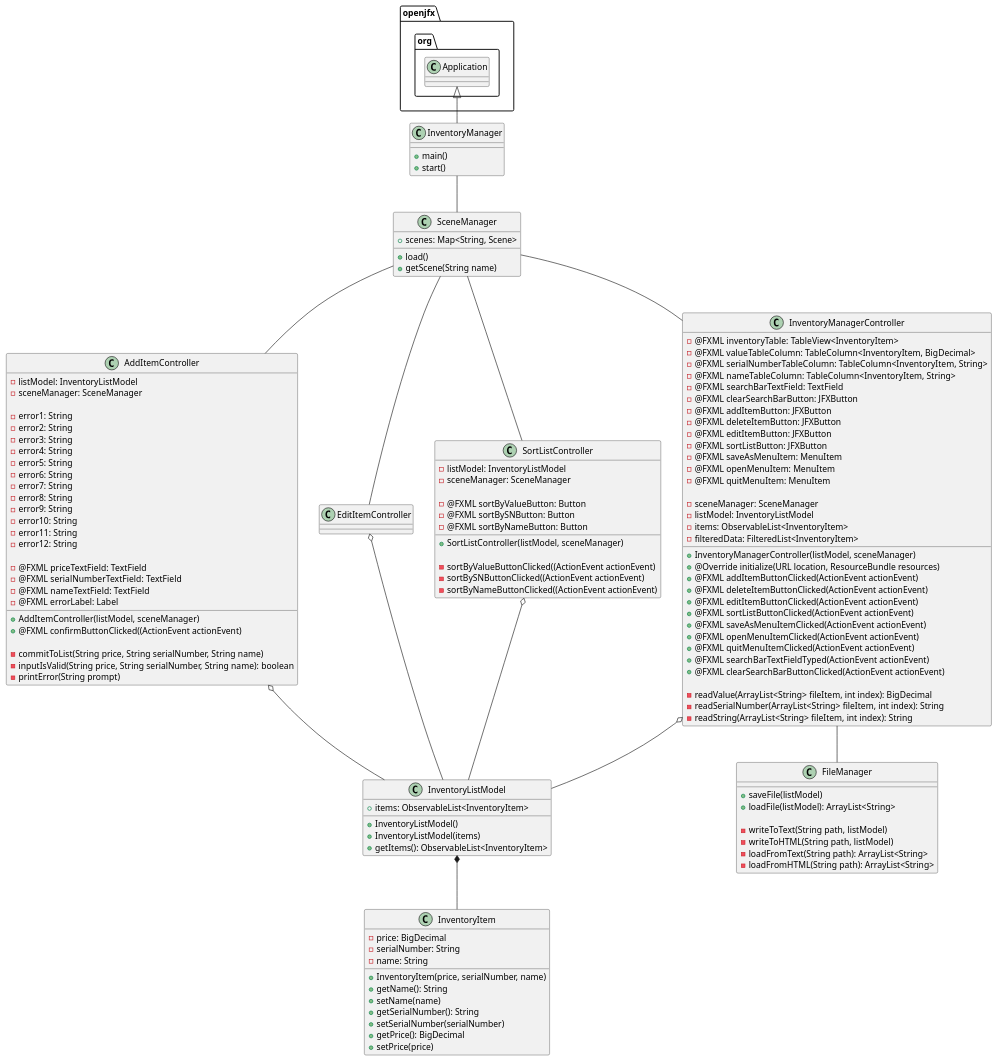
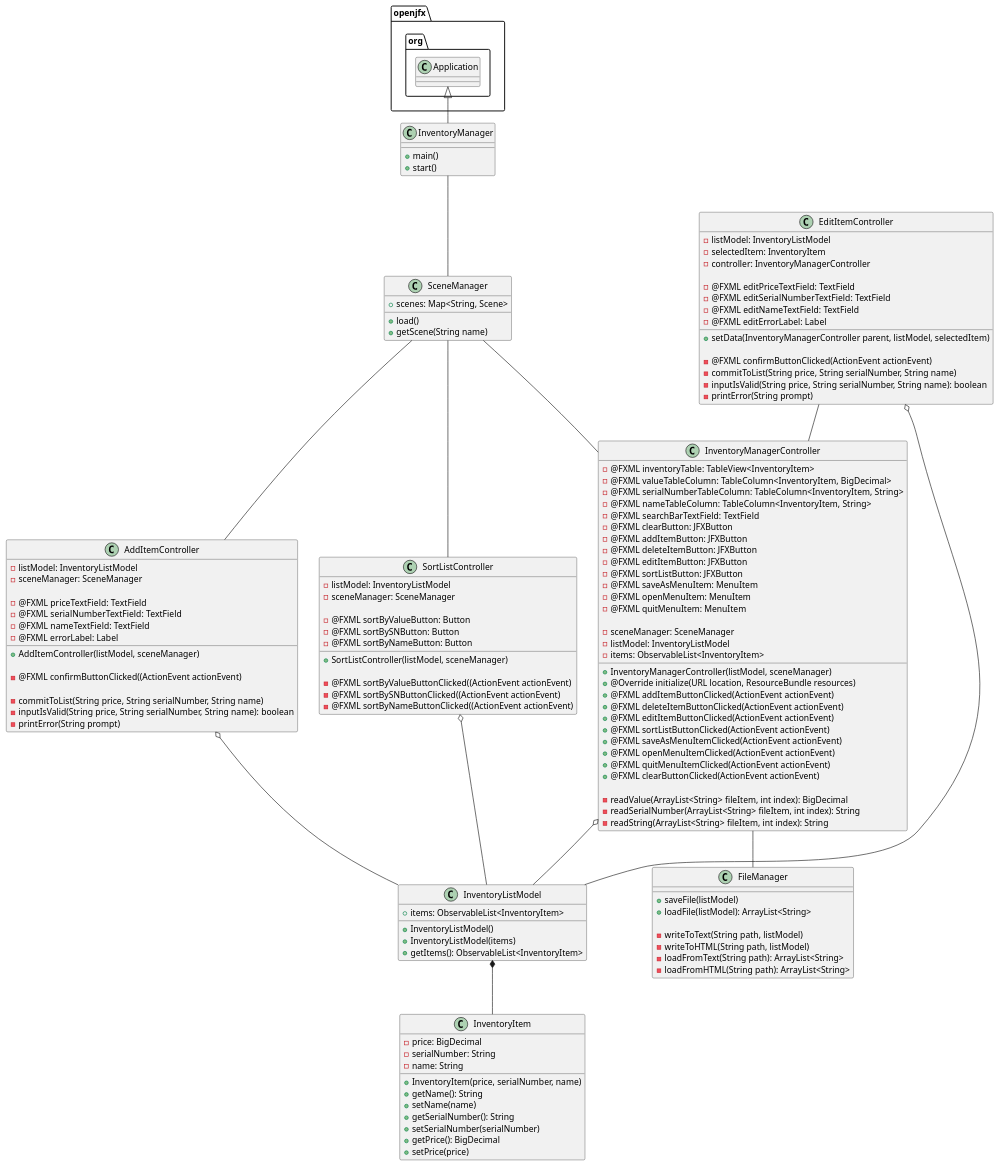
Before and after one commit to GabrielFernandez14/fernandez-0914-a5: the diagram in uml/InventoryManager.puml, drawn with PlantUML. The commit also changed 6 other files, not shown here.

```diff
--- a/uml/InventoryManager.puml
+++ b/uml/InventoryManager.puml
@@ -1,148 +1,145 @@
 @startuml
 
 class InventoryManager {
     + main()
     + start()
 }
 
 class SceneManager {
     + scenes: Map<String, Scene>
 
     + load()
     + getScene(String name)
 }
 
 class InventoryManagerController {
     - @FXML inventoryTable: TableView<InventoryItem>
     - @FXML valueTableColumn: TableColumn<InventoryItem, BigDecimal>
     - @FXML serialNumberTableColumn: TableColumn<InventoryItem, String>
     - @FXML nameTableColumn: TableColumn<InventoryItem, String>
     - @FXML searchBarTextField: TextField
-    - @FXML clearSearchBarButton: JFXButton
+    - @FXML clearButton: JFXButton
     - @FXML addItemButton: JFXButton
     - @FXML deleteItemButton: JFXButton
     - @FXML editItemButton: JFXButton
     - @FXML sortListButton: JFXButton
     - @FXML saveAsMenuItem: MenuItem
     - @FXML openMenuItem: MenuItem
     - @FXML quitMenuItem: MenuItem
 
     - sceneManager: SceneManager
     - listModel: InventoryListModel
     - items: ObservableList<InventoryItem>
-    'ToDo fix the search method
-    - filteredData: FilteredList<InventoryItem>
 
     + InventoryManagerController(listModel, sceneManager)
     + @Override initialize(URL location, ResourceBundle resources)
     + @FXML addItemButtonClicked(ActionEvent actionEvent)
     + @FXML deleteItemButtonClicked(ActionEvent actionEvent)
-    ' ToDo make an edit method that works
     + @FXML editItemButtonClicked(ActionEvent actionEvent)
     + @FXML sortListButtonClicked(ActionEvent actionEvent)
     + @FXML saveAsMenuItemClicked(ActionEvent actionEvent)
     + @FXML openMenuItemClicked(ActionEvent actionEvent)
     + @FXML quitMenuItemClicked(ActionEvent actionEvent)
-    ' ToDo needs different EventHandler (SceneBuilder?)
-    + @FXML searchBarTextFieldTyped(ActionEvent actionEvent)
-    + @FXML clearSearchBarButtonClicked(ActionEvent actionEvent)
+    + @FXML clearButtonClicked(ActionEvent actionEvent)
 
     - readValue(ArrayList<String> fileItem, int index): BigDecimal
     - readSerialNumber(ArrayList<String> fileItem, int index): String
     - readString(ArrayList<String> fileItem, int index): String
 }
 
 class InventoryListModel {
     + items: ObservableList<InventoryItem>
 
     + InventoryListModel()
     + InventoryListModel(items)
     + getItems(): ObservableList<InventoryItem>
 }
 
 class InventoryItem {
     - price: BigDecimal
     - serialNumber: String
     - name: String
 
     + InventoryItem(price, serialNumber, name)
     + getName(): String
     + setName(name)
     + getSerialNumber(): String
     + setSerialNumber(serialNumber)
     + getPrice(): BigDecimal
     + setPrice(price)
 }
 
 class AddItemController {
     - listModel: InventoryListModel
     - sceneManager: SceneManager
 
-    - error1: String
-    - error2: String
-    - error3: String
-    - error4: String
-    - error5: String
-    - error6: String
-    - error7: String
-    - error8: String
-    - error9: String
-    - error10: String
-    - error11: String
-    - error12: String
-
     - @FXML priceTextField: TextField
     - @FXML serialNumberTextField: TextField
     - @FXML nameTextField: TextField
     - @FXML errorLabel: Label
 
     + AddItemController(listModel, sceneManager)
-    + @FXML confirmButtonClicked((ActionEvent actionEvent)
+
+    - @FXML confirmButtonClicked((ActionEvent actionEvent)
 
     - commitToList(String price, String serialNumber, String name)
     - inputIsValid(String price, String serialNumber, String name): boolean
     - printError(String prompt)
 }
 
 class EditItemController {
-    'ToDo get EditItemController working first
+    - listModel: InventoryListModel
+    - selectedItem: InventoryItem
+    - controller: InventoryManagerController
+
+    - @FXML editPriceTextField: TextField
+    - @FXML editSerialNumberTextField: TextField
+    - @FXML editNameTextField: TextField
+    - @FXML editErrorLabel: Label
+
+    + setData(InventoryManagerController parent, listModel, selectedItem)
+
+    - @FXML confirmButtonClicked(ActionEvent actionEvent)
+    - commitToList(String price, String serialNumber, String name)
+    - inputIsValid(String price, String serialNumber, String name): boolean
+    - printError(String prompt)
 }
 
 class SortListController {
     - listModel: InventoryListModel
     - sceneManager: SceneManager
 
     - @FXML sortByValueButton: Button
     - @FXML sortBySNButton: Button
     - @FXML sortByNameButton: Button
 
     + SortListController(listModel, sceneManager)
 
-    - sortByValueButtonClicked((ActionEvent actionEvent)
-    - sortBySNButtonClicked((ActionEvent actionEvent)
-    - sortByNameButtonClicked((ActionEvent actionEvent)
+    - @FXML sortByValueButtonClicked((ActionEvent actionEvent)
+    - @FXML sortBySNButtonClicked((ActionEvent actionEvent)
+    - @FXML sortByNameButtonClicked((ActionEvent actionEvent)
 }
 
 class FileManager {
     + saveFile(listModel)
     + loadFile(listModel): ArrayList<String>
 
     - writeToText(String path, listModel)
     - writeToHTML(String path, listModel)
     - loadFromText(String path): ArrayList<String>
     - loadFromHTML(String path): ArrayList<String>
 }
 
 openjfx.org.Application <|-- InventoryManager
 InventoryManager -- SceneManager
 SceneManager -- InventoryManagerController
 SceneManager -- AddItemController
-SceneManager -- EditItemController
 SceneManager -- SortListController
+EditItemController -- InventoryManagerController
 InventoryManagerController o-- InventoryListModel
 InventoryManagerController -- FileManager
 AddItemController o-- InventoryListModel
 EditItemController o-- InventoryListModel
 SortListController o-- InventoryListModel
 InventoryListModel *== InventoryItem
 @enduml
```
